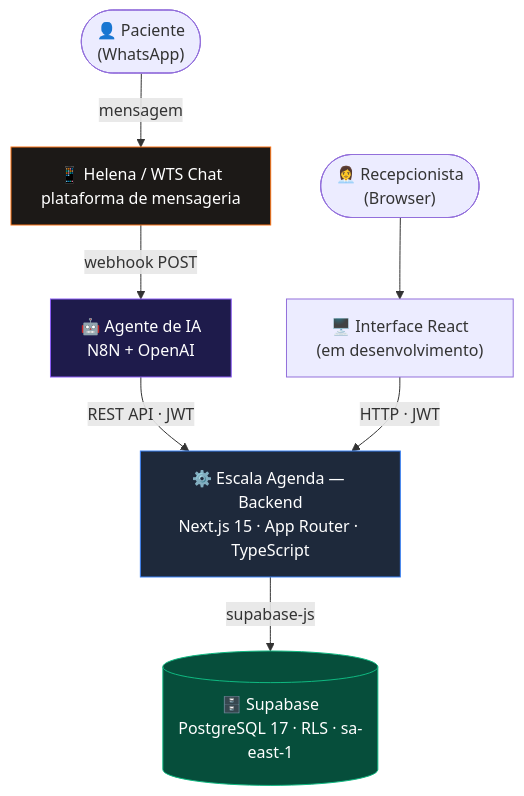
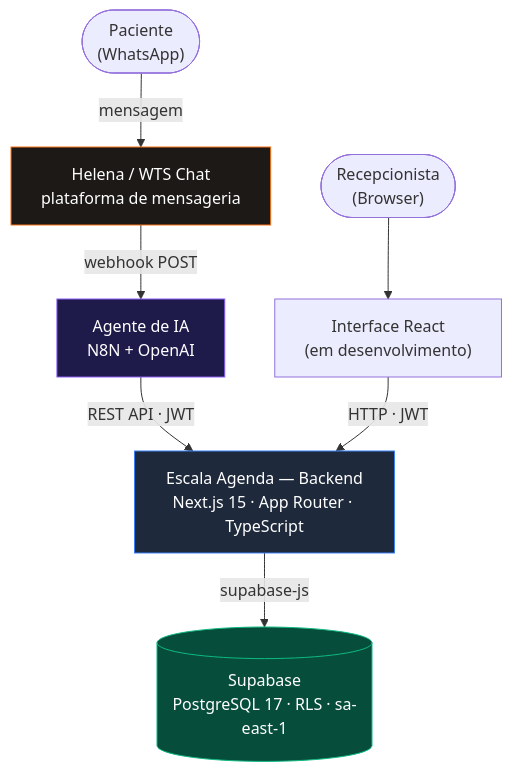
The first of 7 diagrams in README.md (contactIA/Contact-Calendar), drawn with Mermaid before and after one commit. The commit also changed other lines of this file, not shown here.

Commit message:
docs: reduce emojis, compress roadmap to end of May 2026

````diff
--- a/README.md
+++ b/README.md
@@ -49,26 +51,26 @@
 ```mermaid
 flowchart TD
-    P(["👤 Paciente\n(WhatsApp)"])
-    R(["👩‍💼 Recepcionista\n(Browser)"])
+    P(["Paciente\n(WhatsApp)"])
+    R(["Recepcionista\n(Browser)"])
 
-    H["📱 Helena / WTS Chat\nplataforma de mensageria"]
-    UI["🖥️ Interface React\n(em desenvolvimento)"]
+    H["Helena / WTS Chat\nplataforma de mensageria"]
+    UI["Interface React\n(em desenvolvimento)"]
 
-    AI["🤖 Agente de IA\nN8N + OpenAI"]
+    AI["Agente de IA\nN8N + OpenAI"]
 
-    API["⚙️ Escala Agenda — Backend\nNext.js 15 · App Router · TypeScript"]
+    API["Escala Agenda — Backend\nNext.js 15 · App Router · TypeScript"]
 
-    DB[("🗄️ Supabase\nPostgreSQL 17 · RLS · sa-east-1")]
+    DB[("Supabase\nPostgreSQL 17 · RLS · sa-east-1")]
 
     P -->|mensagem| H
     H -->|webhook POST| AI
     AI -->|REST API · JWT| API
     R --> UI
     UI -->|HTTP · JWT| API
     API -->|supabase-js| DB
 
     style API fill:#1e293b,color:#fff,stroke:#3b82f6
     style DB fill:#064e3b,color:#fff,stroke:#10b981
     style AI fill:#1e1b4b,color:#fff,stroke:#8b5cf6
     style H fill:#1c1917,color:#fff,stroke:#f97316
 ```
````
